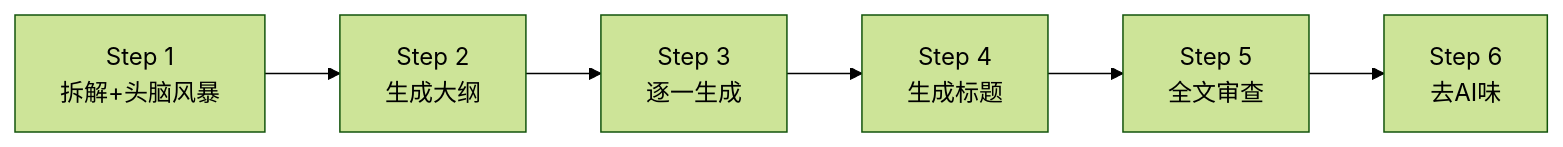
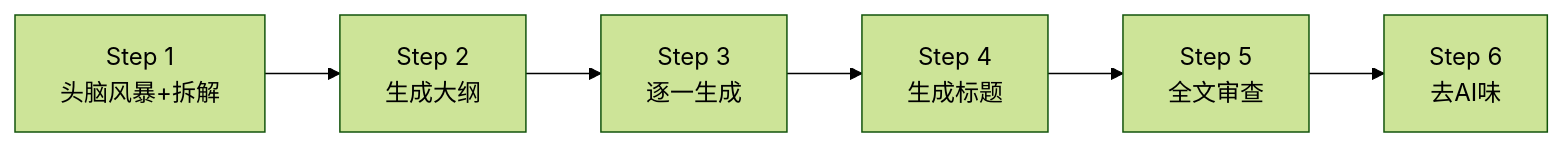
The diagram in README.md (alvis961/sop-writing), drawn with Mermaid (forest theme) before and after one commit.

Commit message:
Sync README: fix Step 1 order

````diff
--- a/README.md
+++ b/README.md
@@ -7,8 +7,8 @@
 ```mermaid
 flowchart LR
-    A[Step 1<br/>拆解+头脑风暴] --> B[Step 2<br/>生成大纲]
+    A[Step 1<br/>头脑风暴+拆解] --> B[Step 2<br/>生成大纲]
     B --> C[Step 3<br/>逐一生成]
     C --> D[Step 4<br/>生成标题]
     D --> E[Step 5<br/>全文审查]
     E --> F[Step 6<br/>去AI味]
 ```
````
